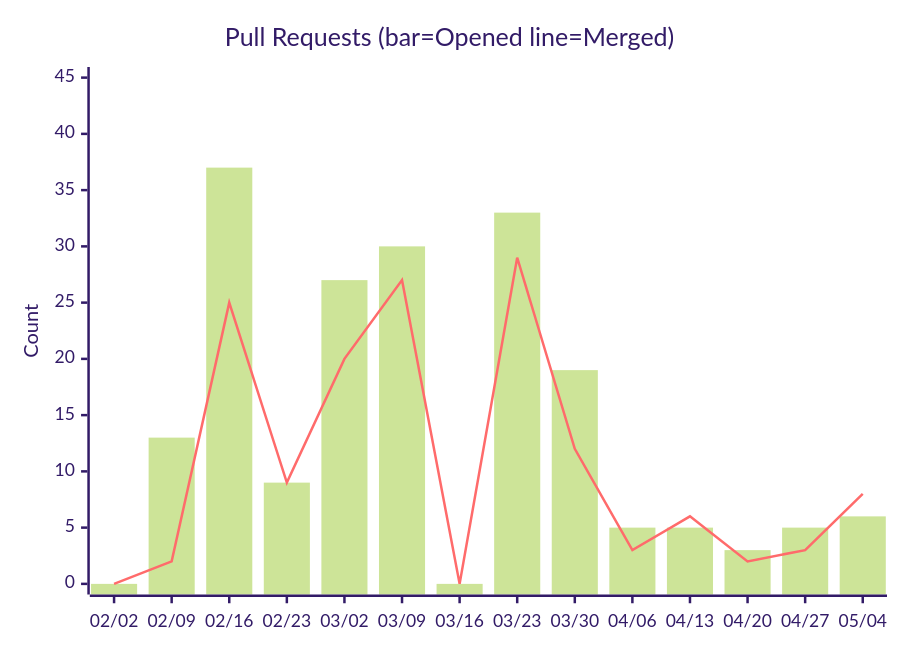
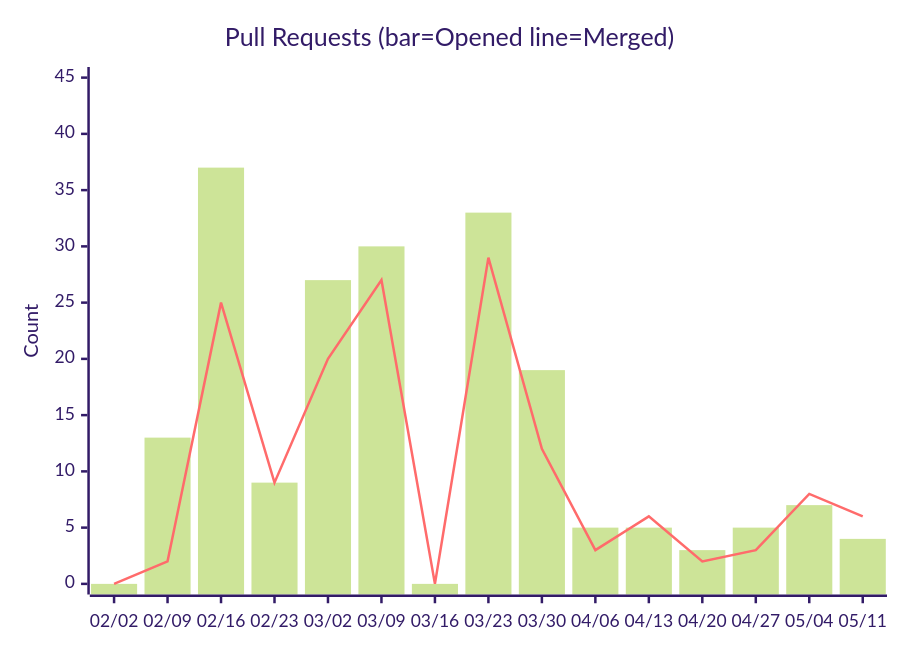
Before and after one commit to nablarch/nabledge-dev: the sixth of 14 diagrams in docs/metrics.md, drawn with Mermaid (forest theme). The commit also changed other lines of this file and 2 other files, not shown here.

````diff
--- a/docs/metrics.md
+++ b/docs/metrics.md
@@ -100,8 +100,8 @@
 ```mermaid
 xychart-beta
   title "Pull Requests (bar=Opened  line=Merged)"
-  x-axis ["02/02", "02/09", "02/16", "02/23", "03/02", "03/09", "03/16", "03/23", "03/30", "04/06", "04/13", "04/20", "04/27", "05/04"]
+  x-axis ["02/02", "02/09", "02/16", "02/23", "03/02", "03/09", "03/16", "03/23", "03/30", "04/06", "04/13", "04/20", "04/27", "05/04", "05/11"]
   y-axis "Count" 0 --> 45
-  bar [0, 13, 37, 9, 27, 30, 0, 33, 19, 5, 5, 3, 5, 6]
-  line [0, 2, 25, 9, 20, 27, 0, 29, 12, 3, 6, 2, 3, 8]
+  bar [0, 13, 37, 9, 27, 30, 0, 33, 19, 5, 5, 3, 5, 7, 4]
+  line [0, 2, 25, 9, 20, 27, 0, 29, 12, 3, 6, 2, 3, 8, 6]
 ```
````
